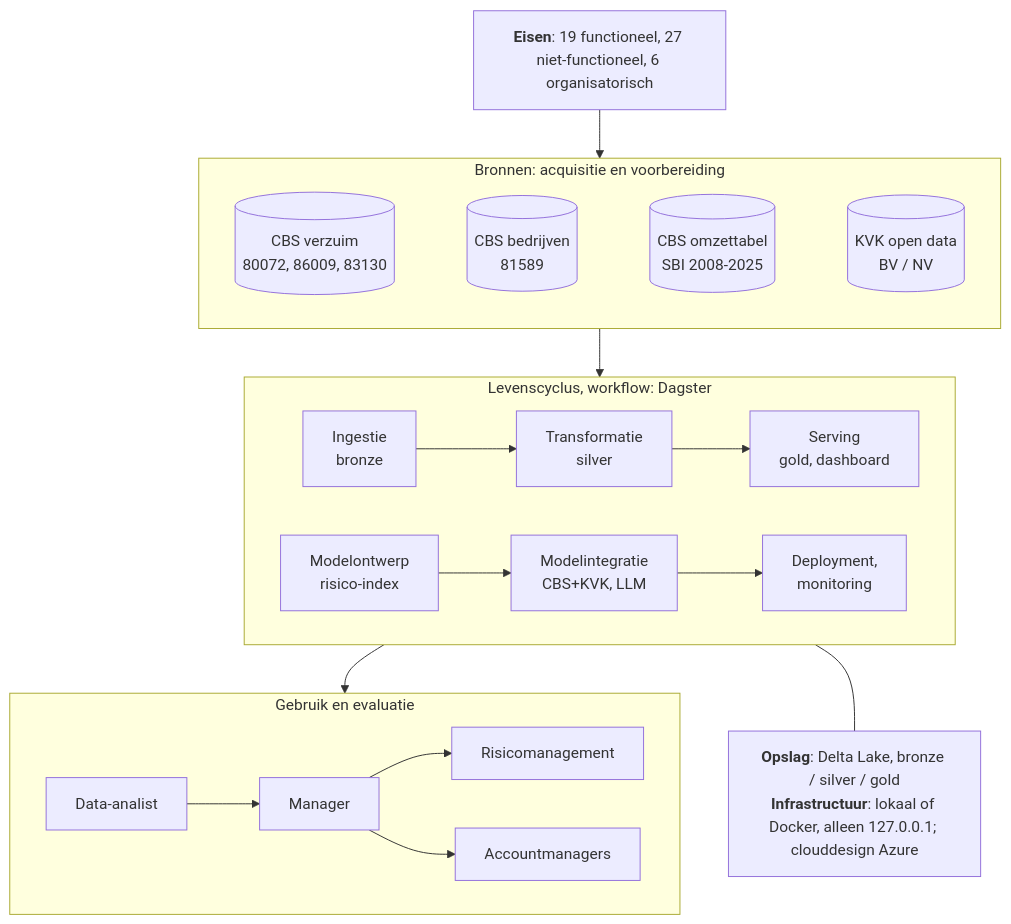
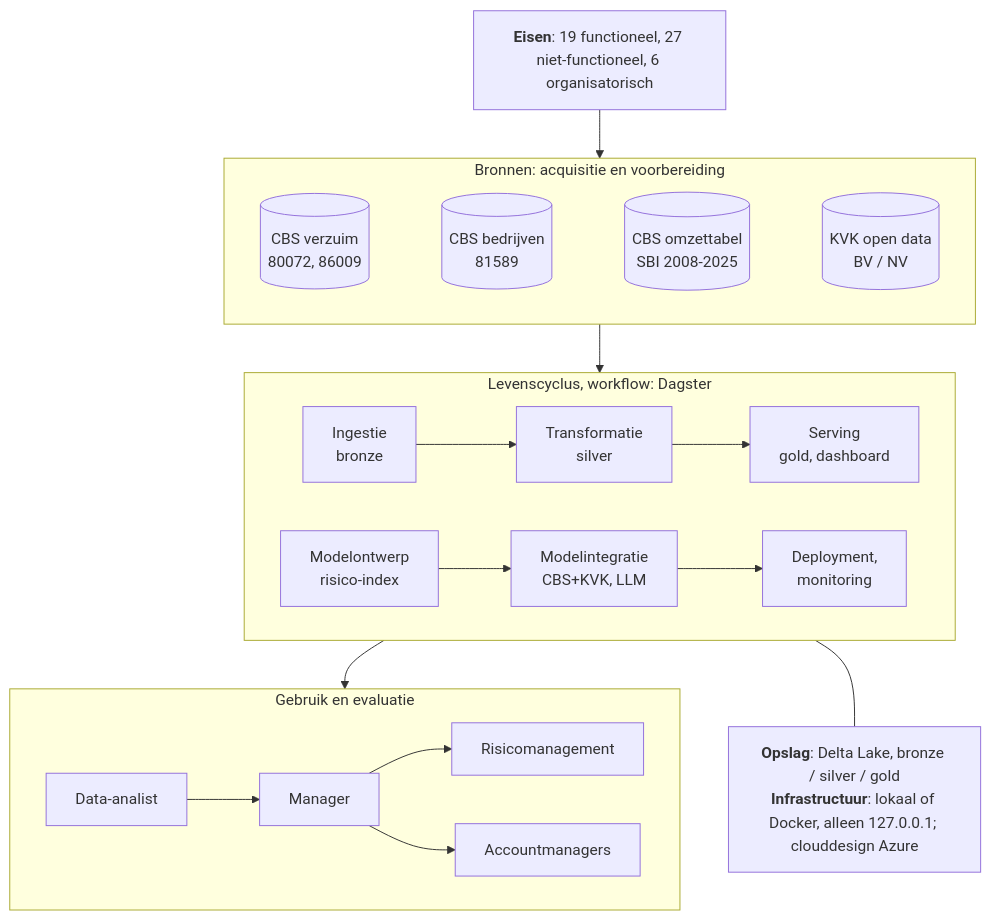
The diagram in docs/rapport.md (stefancodecommit/AOV_Lakehouse), drawn with Mermaid before and after one commit. The commit also changed other lines of this file and 20 other files, not shown here.

````diff
--- a/docs/rapport.md
+++ b/docs/rapport.md
@@ -196,26 +196,26 @@
 ```mermaid
 flowchart TB
   REQ["<b>Eisen</b>: 19 functioneel, 27 niet-functioneel, 6 organisatorisch"]
   subgraph BRON["Bronnen: acquisitie en voorbereiding"]
     direction LR
-    S1[("CBS verzuim<br/>80072, 86009, 83130")]
+    S1[("CBS verzuim<br/>80072, 86009")]
     S2[("CBS bedrijven<br/>81589")]
     S3[("CBS omzettabel<br/>SBI 2008-2025")]
     S4[("KVK open data<br/>BV / NV")]
     S1 ~~~ S2 ~~~ S3 ~~~ S4
   end
   subgraph CYCLUS["Levenscyclus, workflow: Dagster"]
     direction LR
     I["Ingestie<br/>bronze"] --> T["Transformatie<br/>silver"] --> SV["Serving<br/>gold, dashboard"]
     MD["Modelontwerp<br/>risico-index"] --> MI["Modelintegratie<br/>CBS+KVK, LLM"] --> DM["Deployment,<br/>monitoring"]
   end
   OPS["<b>Opslag</b>: Delta Lake, bronze / silver / gold<br/><b>Infrastructuur</b>: lokaal of Docker, alleen 127.0.0.1; clouddesign Azure"]
   subgraph GEBRUIK["Gebruik en evaluatie"]
     direction LR
     U1["Data-analist"] --> U2["Manager"]
     U2 --> U3["Risicomanagement"]
     U2 --> U4["Accountmanagers"]
   end
   REQ --> BRON --> CYCLUS --> GEBRUIK
   CYCLUS --- OPS
 ```
````
